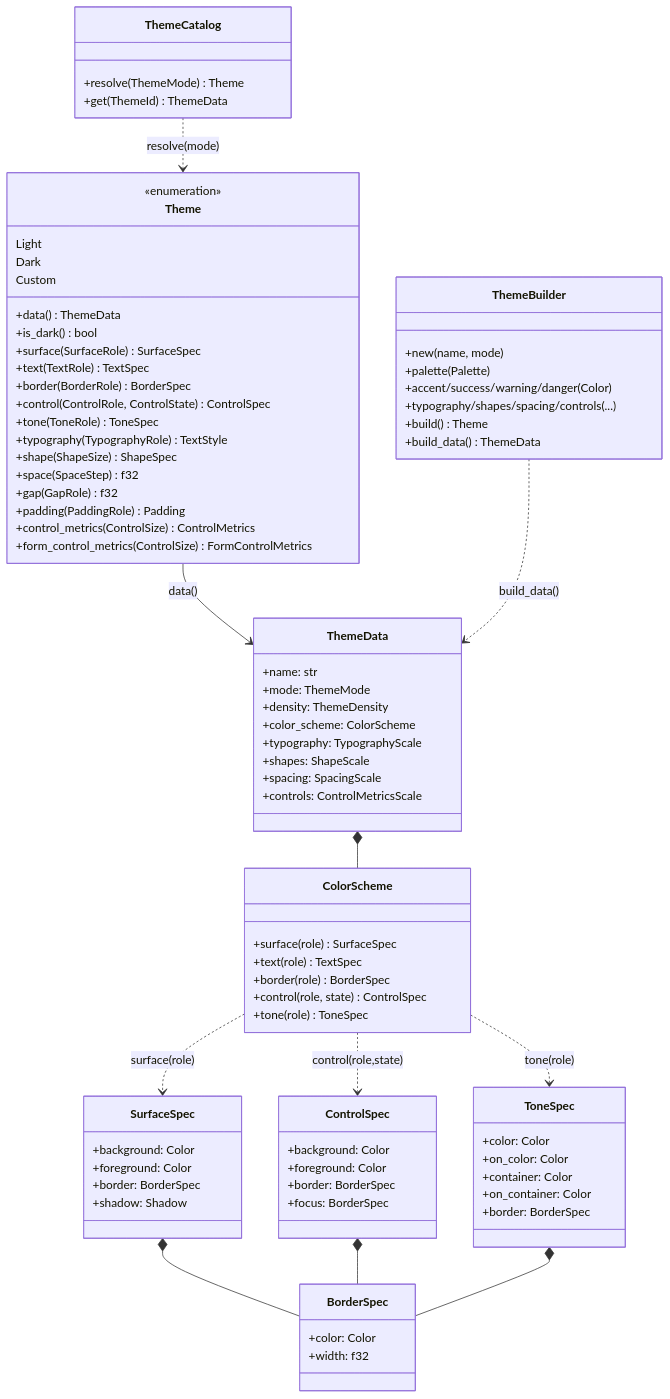
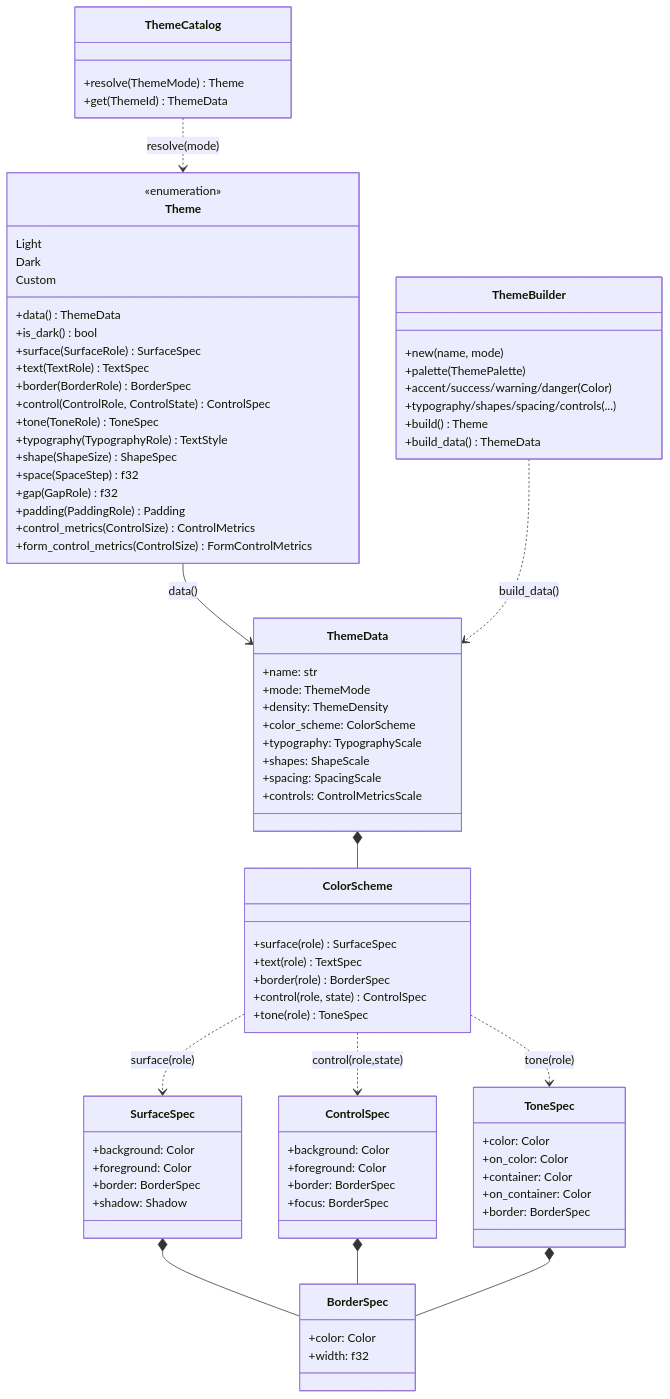
Before and after one commit to JirlanSouza/nive: the first of 3 diagrams in docs/architecture/design-system.md, drawn with Mermaid. The commit also changed other lines of this file and 15 other files, not shown here.

```diff
--- a/docs/architecture/design-system.md
+++ b/docs/architecture/design-system.md
@@ -75,7 +75,7 @@
     }
     class ThemeBuilder {
         +new(name, mode)
-        +palette(Palette)
+        +palette(ThemePalette)
         +accent/success/warning/danger(Color)
         +typography/shapes/spacing/controls(...)
         +build() Theme
```
